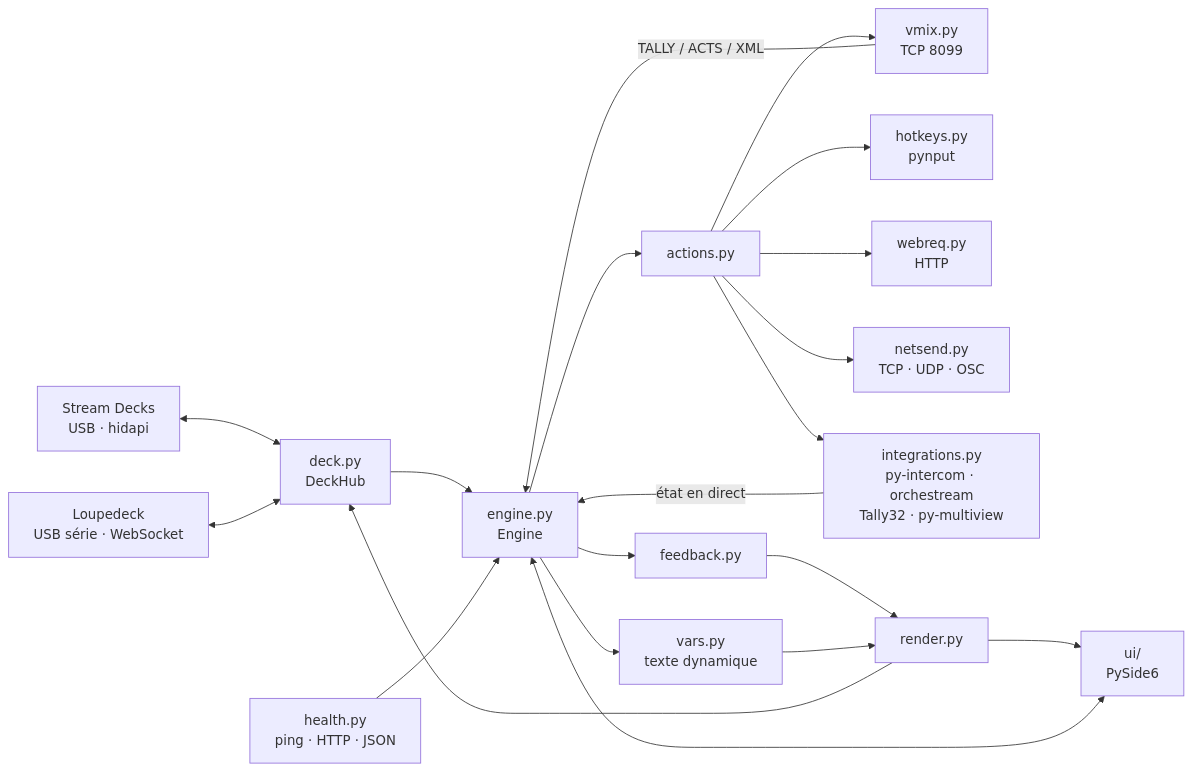
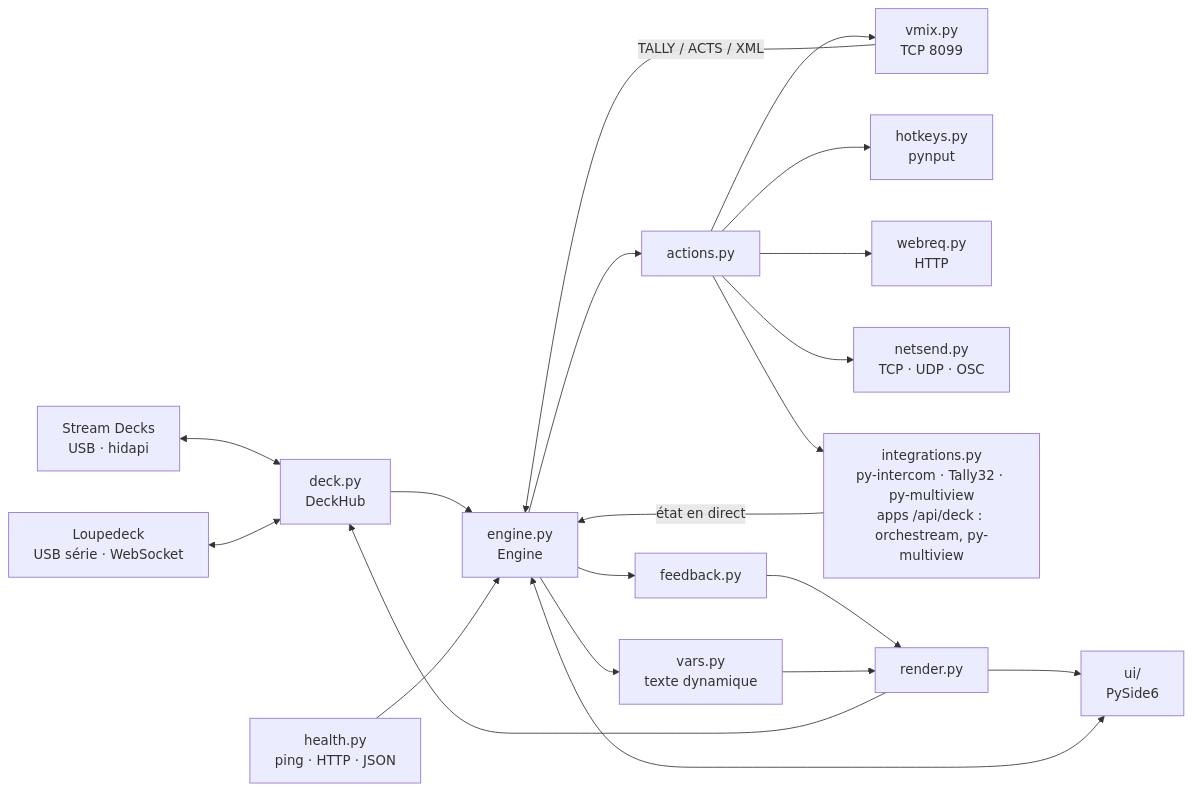
One commit to lfpoulain/py-livedeck changed the diagram in docs/architecture.md. Above: the diagram before and after it, drawn with Mermaid. The commit also changed other lines of this file and 15 other files, not shown here.

First line of the commit message:
Touches décrites par chaque app : client /api/deck générique, py-multiview

````diff
--- a/docs/architecture.md
+++ b/docs/architecture.md
@@ -7,19 +7,19 @@
 ```mermaid
 flowchart LR
     SD[Stream Decks<br/>USB · hidapi] <--> DM[deck.py<br/>DeckHub]
     LD[Loupedeck<br/>USB série · WebSocket] <--> DM
     DM --> E[engine.py<br/>Engine]
     UI[ui/<br/>PySide6] <--> E
     E --> A[actions.py]
     A --> VX[vmix.py<br/>TCP 8099]
     A --> HK[hotkeys.py<br/>pynput]
     A --> WR[webreq.py<br/>HTTP]
     A --> NS[netsend.py<br/>TCP · UDP · OSC]
-    A --> IN[integrations.py<br/>py-intercom · orchestream<br/>Tally32 · py-multiview]
+    A --> IN[integrations.py<br/>py-intercom · Tally32 · py-multiview<br/>apps /api/deck : orchestream, py-multiview]
     VX -- TALLY / ACTS / XML --> E
     IN -- état en direct --> E
     HL[health.py<br/>ping · HTTP · JSON] --> E
     E --> FB[feedback.py] --> R[render.py] --> DM
     E --> VA[vars.py<br/>texte dynamique] --> R
     R --> UI
 ```
````
